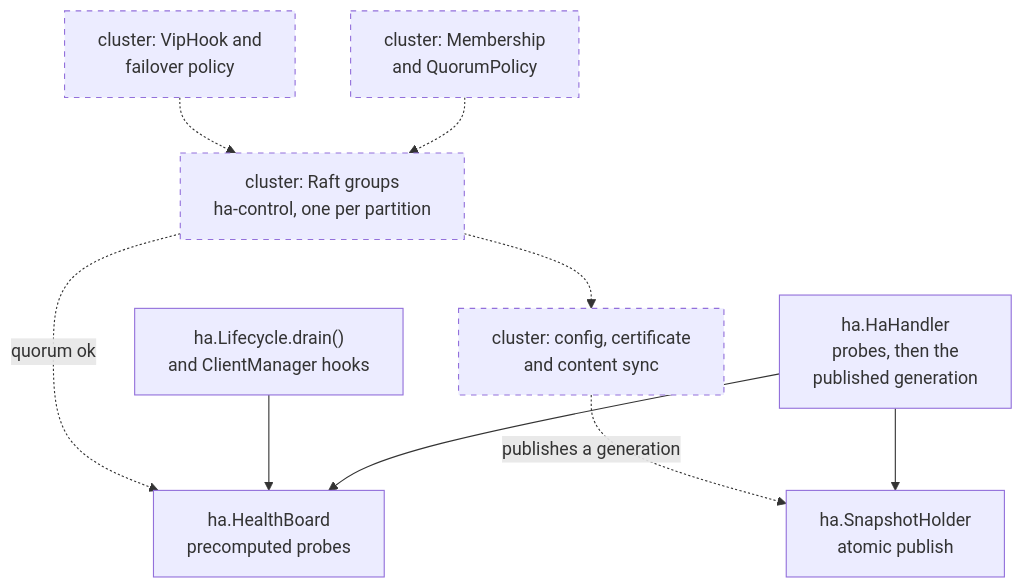
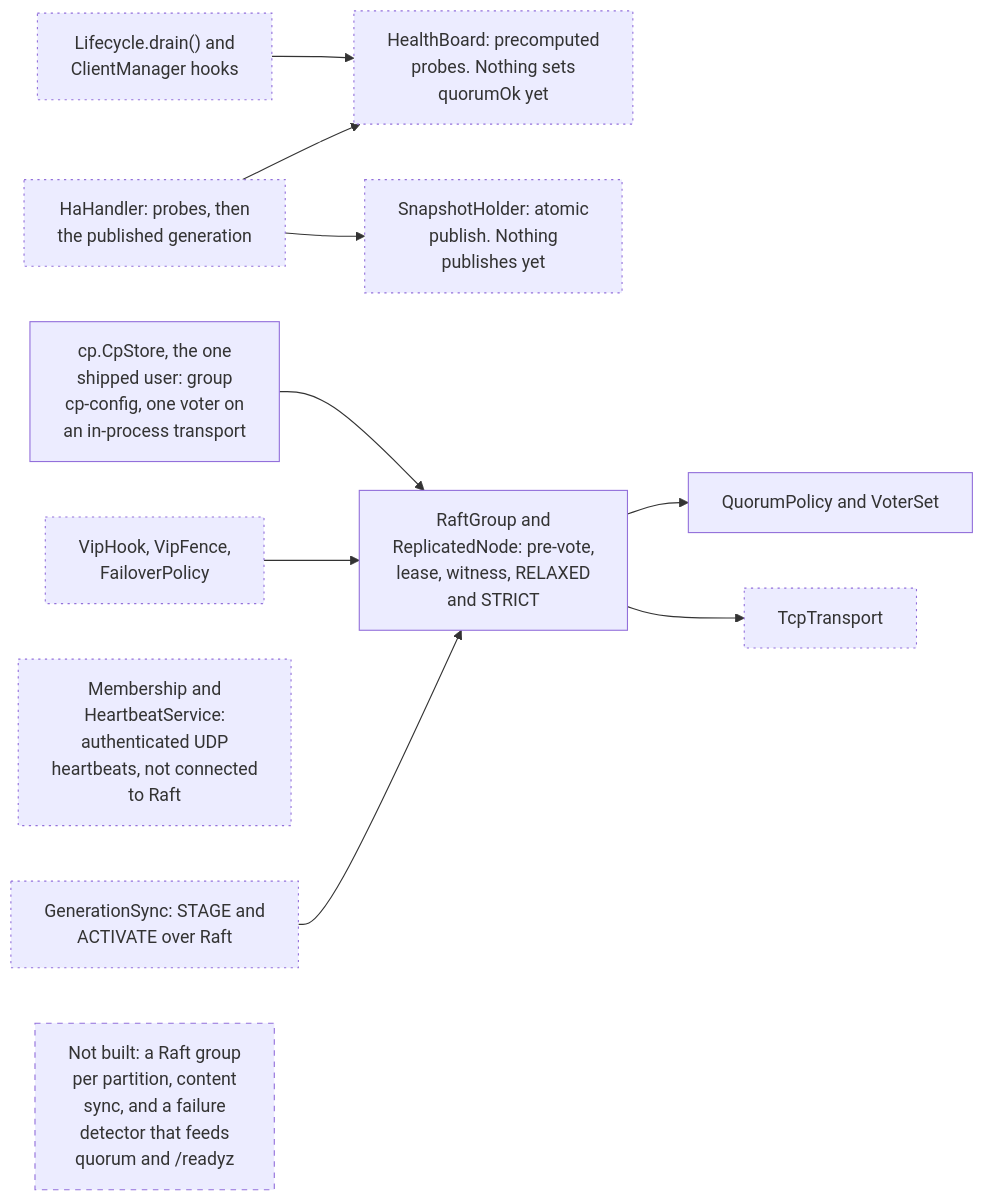
The first of 6 diagrams in docs/ha/design.md (BlivionIaG/sjws_nettask), drawn with Mermaid before and after one commit. The commit also changed other lines of this file and 3 other files, not shown here.

First line of the commit message:
docs: HA and control-plane diagrams separate built from designed

````diff
--- a/docs/ha/design.md
+++ b/docs/ha/design.md
@@ -32,24 +34,28 @@
 ```mermaid
-flowchart TB
-    hh["ha.HaHandler<br/>probes, then the<br/>published generation"]
-    hb["ha.HealthBoard<br/>precomputed probes"]
-    sh["ha.SnapshotHolder<br/>atomic publish"]
-    lc["ha.Lifecycle.drain()<br/>and ClientManager hooks"]
+flowchart LR
+        hh["HaHandler: probes, then<br/>the published generation"]
+        hb["HealthBoard: precomputed<br/>probes. Nothing sets<br/>quorumOk yet"]
+        sh["SnapshotHolder: atomic<br/>publish. Nothing<br/>publishes yet"]
+        lc["Lifecycle.drain() and<br/>ClientManager hooks"]
+        gs["GenerationSync: STAGE and<br/>ACTIVATE over Raft"]
+        vip["VipHook, VipFence,<br/>FailoverPolicy"]
+        hh --> hb
+        hh --> sh
+        lc --> hb
+        raft["RaftGroup and<br/>ReplicatedNode: pre-vote,<br/>lease, witness, RELAXED<br/>and STRICT"]
+        pol["QuorumPolicy and VoterSet"]
+        tcp["TcpTransport"]
+        mem["Membership and<br/>HeartbeatService:<br/>authenticated UDP<br/>heartbeats, not connected<br/>to Raft"]
+        raft --> pol
+        raft --> tcp
+    cp["cp.CpStore, the one<br/>shipped user: group<br/>cp-config, one voter on<br/>an in-process transport"]
+    gs --> raft
+    vip --> raft
+    cp --> raft
 
-    mem["cluster: Membership<br/>and QuorumPolicy"]
-    raft["cluster: Raft groups<br/>ha-control, one per partition"]
-    sync["cluster: config, certificate<br/>and content sync"]
-    vip["cluster: VipHook and<br/>failover policy"]
-
-    hh --> hb
-    hh --> sh
-    lc --> hb
-    mem -.-> raft
-    vip -.-> raft
-    raft -.->|"quorum ok"| hb
-    raft -.-> sync
-    sync -.->|"publishes a generation"| sh
-
+    classDef lib stroke-dasharray: 2 4
+    class hh,hb,sh,lc,gs,vip,mem,tcp lib
+    np["Not built: a Raft group<br/>per partition, content<br/>sync, and a failure<br/>detector that feeds<br/>quorum and /readyz"]
     classDef design stroke-dasharray: 5 5
-    class mem,raft,sync,vip design
+    class np design
 ```
````
